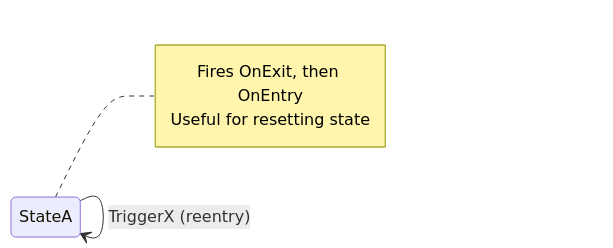
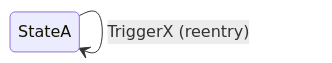
The fifth of 9 diagrams in README.md (atlekbai/stateless), drawn with Mermaid before and after one commit. The commit also changed other lines of this file, not shown here.

````diff
--- a/README.md
+++ b/README.md
@@ -179,10 +168,5 @@
 ```mermaid
 stateDiagram-v2
     direction LR
     StateA --> StateA: TriggerX (reentry)
-
-    note right of StateA
-        Fires OnExit, then OnEntry
-        Useful for resetting state
-    end note
 ```
````
